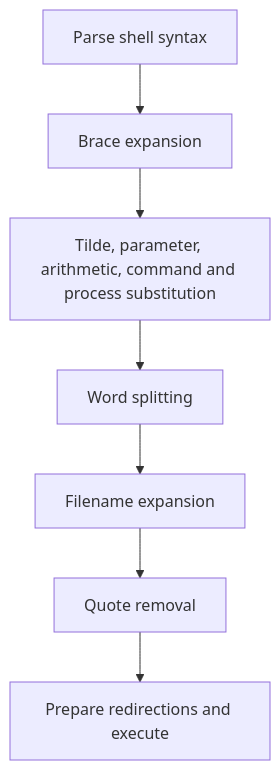
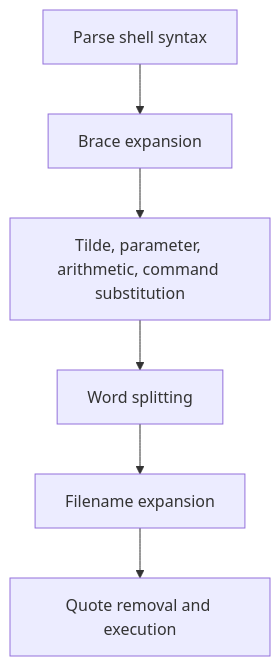
Before and after one commit to tiendu/tiendu.github.io: the first of 2 diagrams in src/content/blog/2025-11-20-bash-useful-stuff.md, drawn with Mermaid. The commit also changed other lines of this file, not shown here.

Commit message:
fix(blog): bash - essential

````diff
--- a/src/content/blog/2025-11-20-bash-useful-stuff.md
+++ b/src/content/blog/2025-11-20-bash-useful-stuff.md
@@ -65,11 +151,10 @@
 ```mermaid
 flowchart TD
-    accTitle: How Bash evaluates ordinary command words
-    accDescr: The shell parses syntax, expands words in stages, prepares redirections, and executes the resulting command with its arguments.
+    accTitle: Expansion of ordinary command words
+    accDescr: Bash parses input, expands words, splits and globs where allowed, then removes syntactic quotes before executing.
     A["Parse shell syntax"] --> B["Brace expansion"]
-    B --> C["Tilde, parameter, arithmetic, command and process substitution"]
+    B --> C["Tilde, parameter, arithmetic, command substitution"]
     C --> D["Word splitting"]
     D --> E["Filename expansion"]
-    E --> F["Quote removal"]
-    F --> G["Prepare redirections and execute"]
+    E --> F["Quote removal and execution"]
 ```
````
